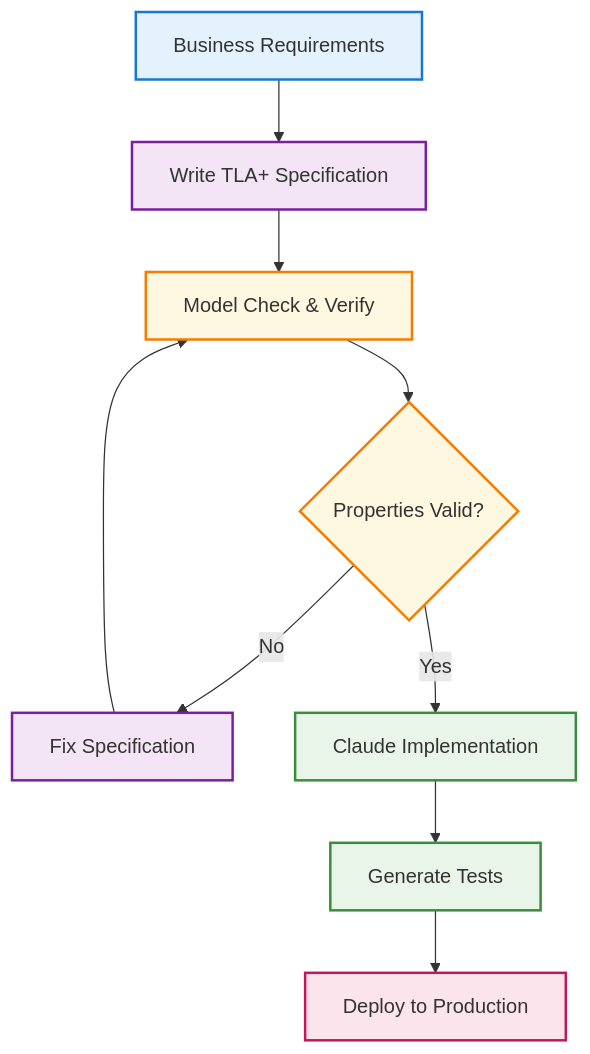
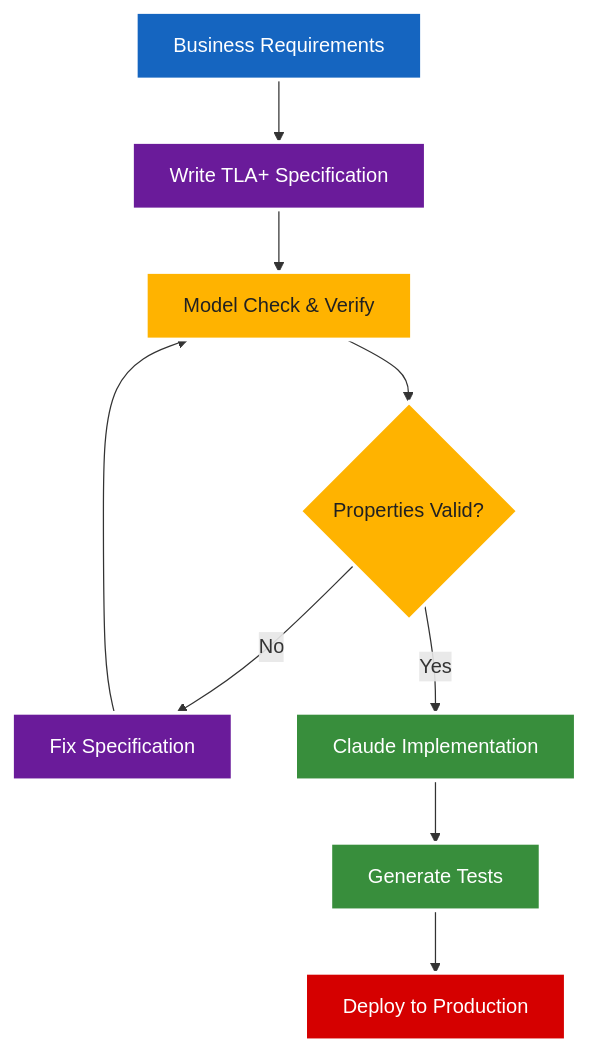
The diagram in workflow.mermaid (bhatti/sample-task-management), drawn with Mermaid before and after one commit. The commit also changed other lines of this file and 1 other file, not shown here.

Commit message:
updated workflow diagram

```diff
--- a/workflow.mermaid
+++ b/workflow.mermaid
@@ -1,21 +1,21 @@
 flowchart TD
     A[Business Requirements] --> B[Write TLA+ Specification]
     B --> C[Model Check & Verify]
     C --> D{Properties Valid?}
     D -->|No| E[Fix Specification]
     E --> C
     D -->|Yes| F[Claude Implementation]
     F --> G[Generate Tests]
     G --> H[Deploy to Production]
-    
-    classDef requirement fill:#e3f2fd,stroke:#1976d2,stroke-width:2px
-    classDef spec fill:#f3e5f5,stroke:#7b1fa2,stroke-width:2px
-    classDef verify fill:#fff8e1,stroke:#f57c00,stroke-width:2px
-    classDef implement fill:#e8f5e8,stroke:#388e3c,stroke-width:2px
-    classDef deploy fill:#fce4ec,stroke:#c2185b,stroke-width:2px
-    
+
+    classDef requirement fill:#1565c0,stroke:#fff,stroke-width:3px,color:#fff
+    classDef spec fill:#6a1b9a,stroke:#fff,stroke-width:3px,color:#fff
+    classDef verify fill:#ffb300,stroke:#fff,stroke-width:3px,color:#212121
+    classDef implement fill:#388e3c,stroke:#fff,stroke-width:3px,color:#fff
+    classDef deploy fill:#d50000,stroke:#fff,stroke-width:3px,color:#fff
+
     class A requirement
     class B,E spec
     class C,D verify
     class F,G implement
     class H deploy
```
